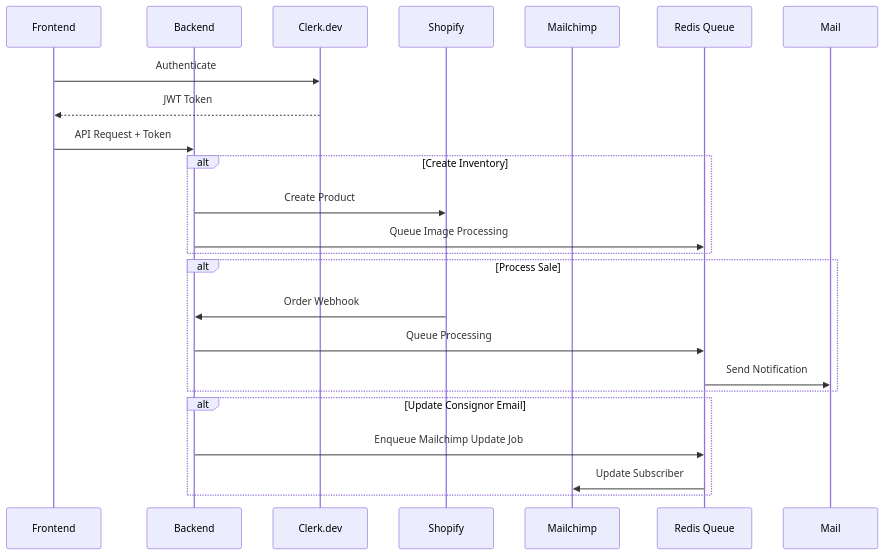
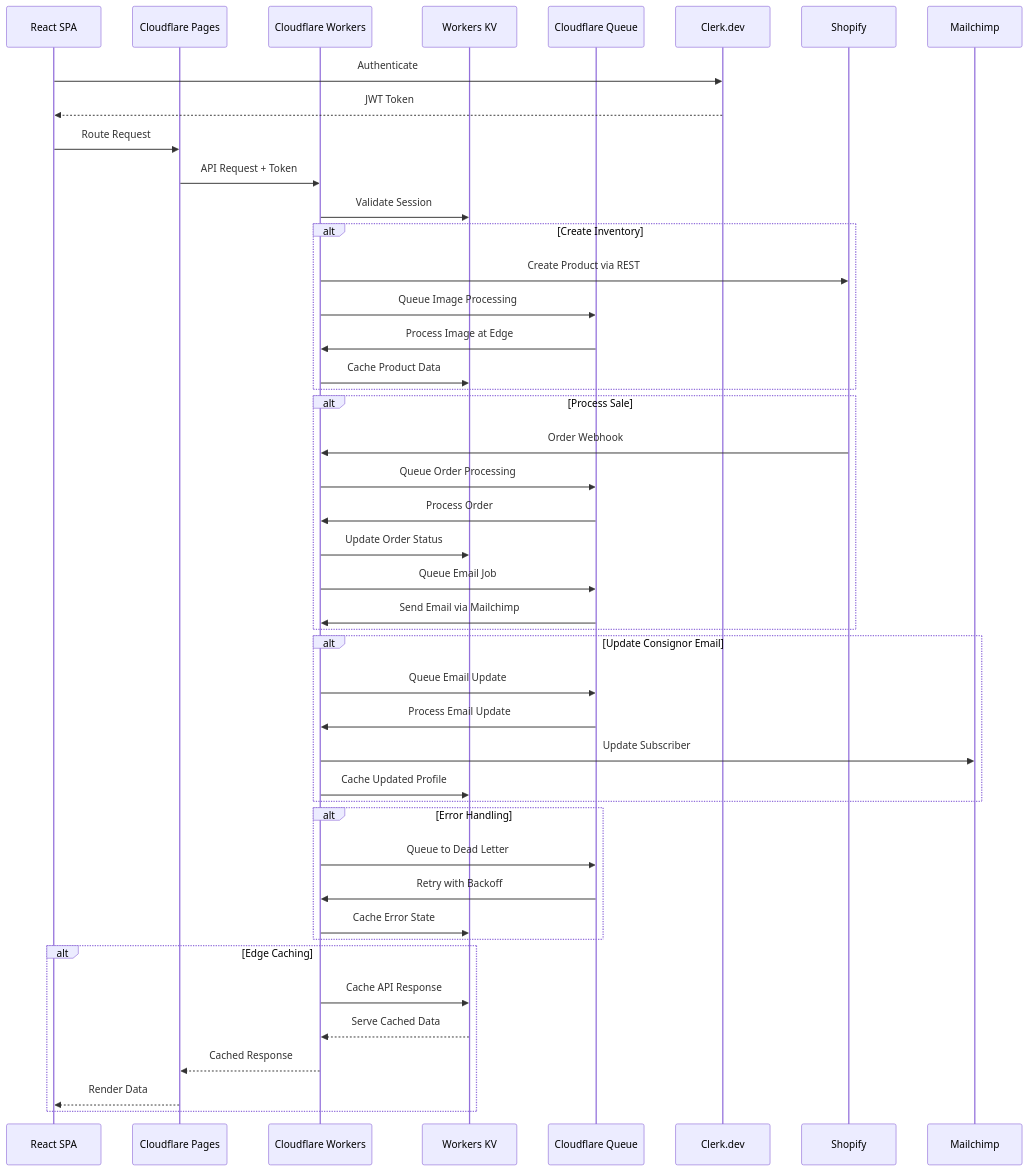
The diagram in docs/diagrams/architecture/integration-architecture.mmd (atEverychance/ProjectCR), drawn with Mermaid before and after one commit. The commit also changed 12 other files, not shown here.

Commit message:
Diagram updates

```diff
--- a/docs/diagrams/architecture/integration-architecture.mmd
+++ b/docs/diagrams/architecture/integration-architecture.mmd
@@ -1,26 +1,51 @@
 sequenceDiagram
-    participant FE as Frontend
-    participant API as Backend
+    participant FE as React SPA
+    participant Pages as Cloudflare Pages
+    participant Workers as Cloudflare Workers
+    participant KV as Workers KV
+    participant Queue as Cloudflare Queue
     participant Auth as Clerk.dev
     participant Shop as Shopify
     participant MC as Mailchimp
-    participant Q as Redis Queue
     
     FE->>Auth: Authenticate
     Auth-->>FE: JWT Token
-    FE->>API: API Request + Token
+    FE->>Pages: Route Request
+    Pages->>Workers: API Request + Token
+    Workers->>KV: Validate Session
     
     alt Create Inventory
-        API->>Shop: Create Product
-        API->>Q: Queue Image Processing
+        Workers->>Shop: Create Product via REST
+        Workers->>Queue: Queue Image Processing
+        Queue->>Workers: Process Image at Edge
+        Workers->>KV: Cache Product Data
     end
     
     alt Process Sale
-        Shop->>API: Order Webhook
-        API->>Q: Queue Processing
-        Q->>Mail: Send Notification
+        Shop->>Workers: Order Webhook
+        Workers->>Queue: Queue Order Processing
+        Queue->>Workers: Process Order
+        Workers->>KV: Update Order Status
+        Workers->>Queue: Queue Email Job
+        Queue->>Workers: Send Email via Mailchimp
     end
+
     alt Update Consignor Email
-        API->>Q: Enqueue Mailchimp Update Job
-        Q->>MC: Update Subscriber
+        Workers->>Queue: Queue Email Update
+        Queue->>Workers: Process Email Update
+        Workers->>MC: Update Subscriber
+        Workers->>KV: Cache Updated Profile
     end
+
+    alt Error Handling
+        Workers->>Queue: Queue to Dead Letter
+        Queue->>Workers: Retry with Backoff
+        Workers->>KV: Cache Error State
+    end
+
+    alt Edge Caching
+        Workers->>KV: Cache API Response
+        KV-->>Workers: Serve Cached Data
+        Workers-->>Pages: Cached Response
+        Pages-->>FE: Render Data
+    end
```
